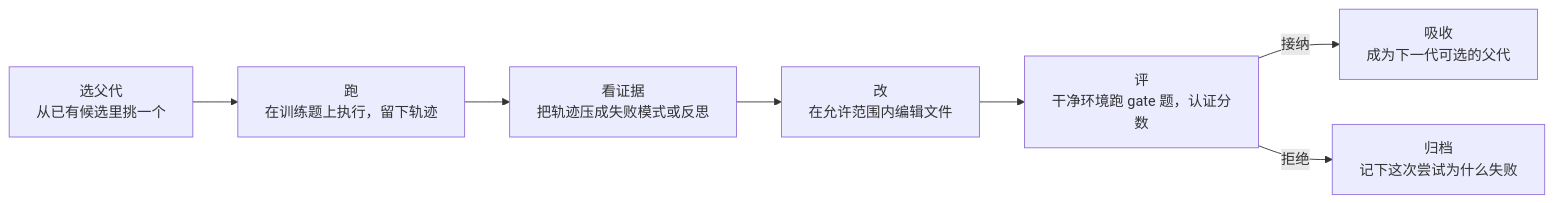
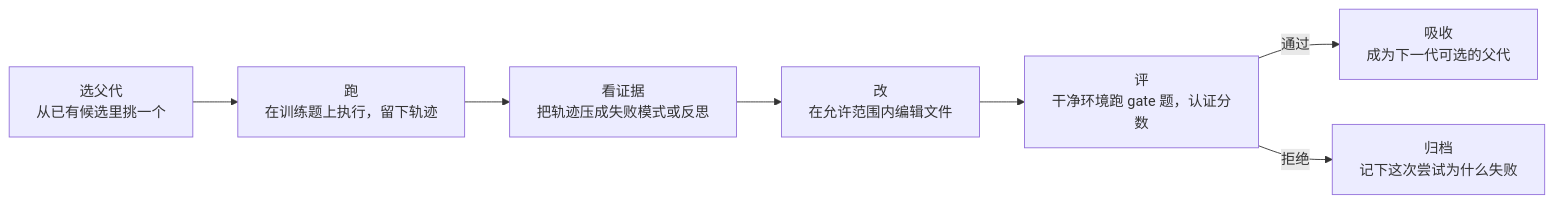
The diagram in notes/concepts/agent-evolution.md (btroops/paper-reading), drawn with Mermaid before and after one commit. The commit also changed other lines of this file and 1 other file, not shown here.

````diff
--- a/notes/concepts/agent-evolution.md
+++ b/notes/concepts/agent-evolution.md
@@ -28,9 +28,9 @@
 ```mermaid
 flowchart LR
     A["选父代<br/>从已有候选里挑一个"] --> B["跑<br/>在训练题上执行，留下轨迹"]
     B --> C["看证据<br/>把轨迹压成失败模式或反思"]
     C --> D["改<br/>在允许范围内编辑文件"]
     D --> E["评<br/>干净环境跑 gate 题，认证分数"]
-    E -->|接纳| F["吸收<br/>成为下一代可选的父代"]
+    E -->|通过| F["吸收<br/>成为下一代可选的父代"]
     E -->|拒绝| G["归档<br/>记下这次尝试为什么失败"]
 ```
````
